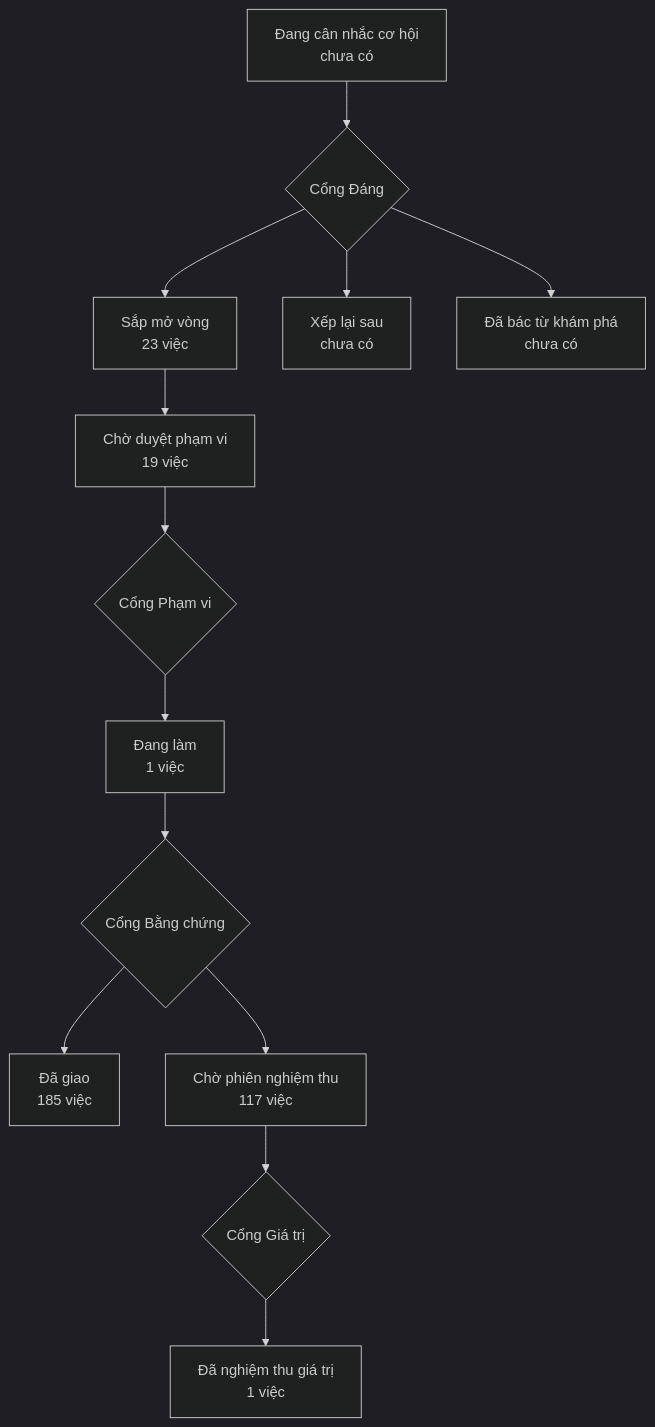
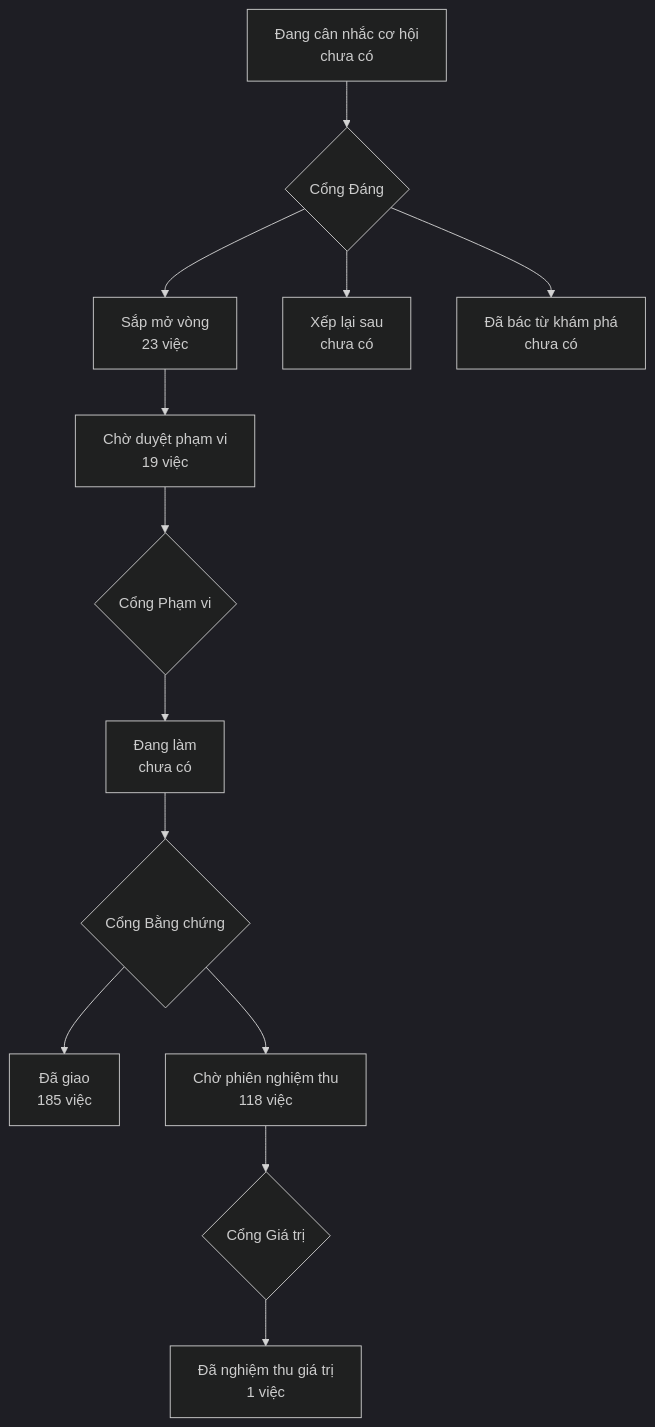
One commit to phanlemanh/onehub-invest changed the diagram in PRODUCT-MAP.md. Above: the diagram before and after it, drawn with Mermaid (dark theme). The commit also changed other lines of this file and 4 other files, not shown here.

````diff
--- a/PRODUCT-MAP.md
+++ b/PRODUCT-MAP.md
@@ -7,12 +7,12 @@
 ```mermaid
 flowchart TD
   A["Đang cân nhắc cơ hội<br/>chưa có"] --> GD{"Cổng Đáng"}
   GD --> B["Sắp mở vòng<br/>23 việc"]
   GD --> XL["Xếp lại sau<br/>chưa có"]
   GD --> DB["Đã bác từ khám phá<br/>chưa có"]
   B --> CD["Chờ duyệt phạm vi<br/>19 việc"] --> GP{"Cổng Phạm vi"}
-  GP --> DL["Đang làm<br/>1 việc"] --> GB{"Cổng Bằng chứng"}
+  GP --> DL["Đang làm<br/>chưa có"] --> GB{"Cổng Bằng chứng"}
   GB --> DG["Đã giao<br/>185 việc"]
-  GB --> CN["Chờ phiên nghiệm thu<br/>117 việc"] --> GG{"Cổng Giá trị"}
+  GB --> CN["Chờ phiên nghiệm thu<br/>118 việc"] --> GG{"Cổng Giá trị"}
   GG --> NT["Đã nghiệm thu giá trị<br/>1 việc"]
 ```
````
